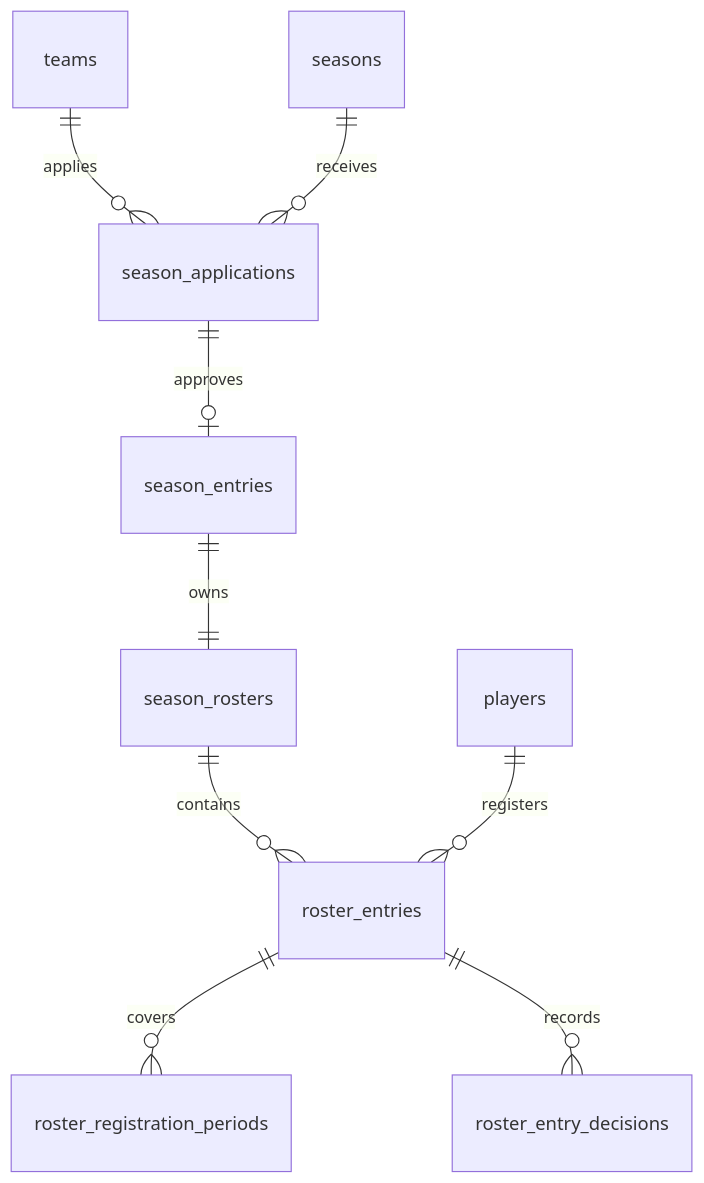
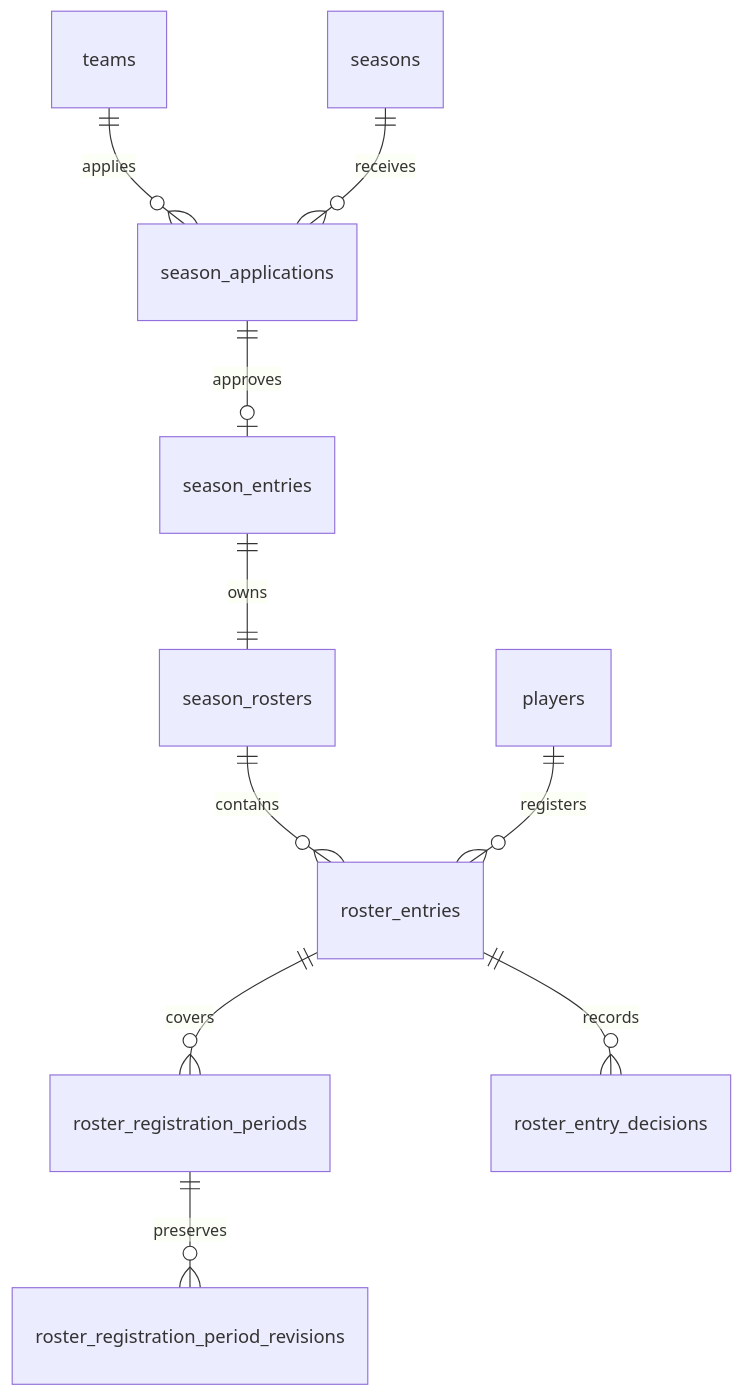
One commit to DMV22/Pro-League changed the second of 3 diagrams in docs/architecture/relational-schema.md. Above: the diagram before and after it, drawn with Mermaid. The commit also changed other lines of this file and 3 other files, not shown here.

Commit message:
docs(domain): clarify roster registration period revisions

````diff
--- a/docs/architecture/relational-schema.md
+++ b/docs/architecture/relational-schema.md
@@ -91,11 +91,12 @@
 ```mermaid
 erDiagram
   teams ||--o{ season_applications : applies
   seasons ||--o{ season_applications : receives
   season_applications ||--o| season_entries : approves
   season_entries ||--|| season_rosters : owns
   season_rosters ||--o{ roster_entries : contains
   players ||--o{ roster_entries : registers
   roster_entries ||--o{ roster_registration_periods : covers
+  roster_registration_periods ||--o{ roster_registration_period_revisions : preserves
   roster_entries ||--o{ roster_entry_decisions : records
 ```
````
